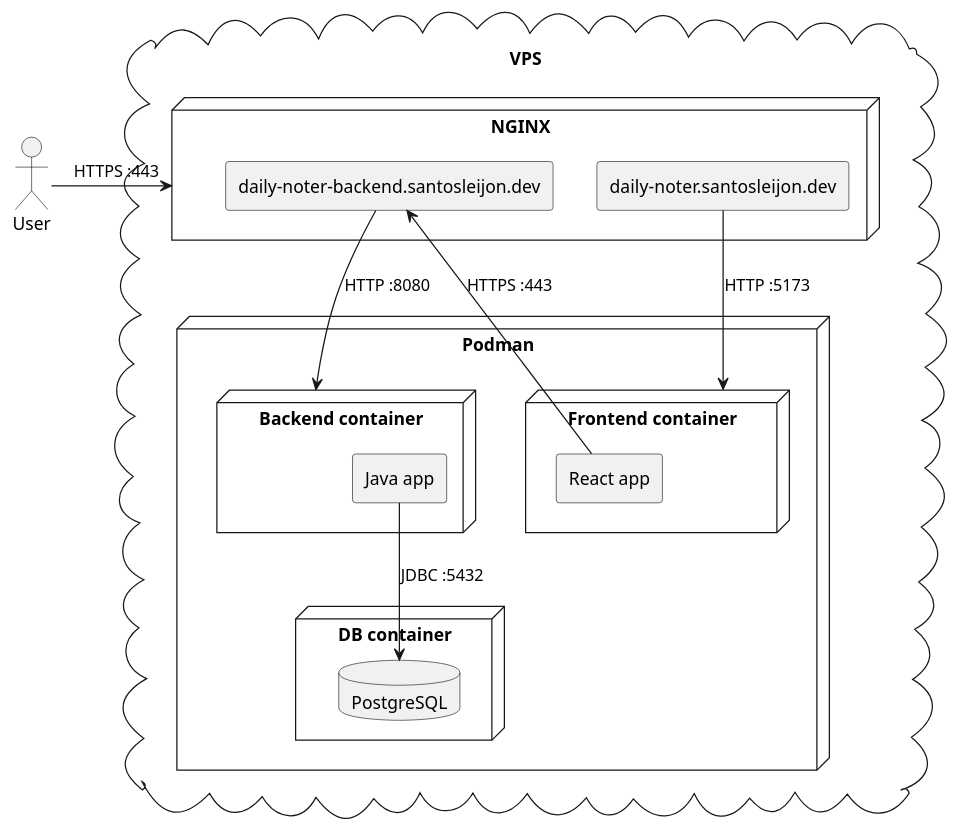
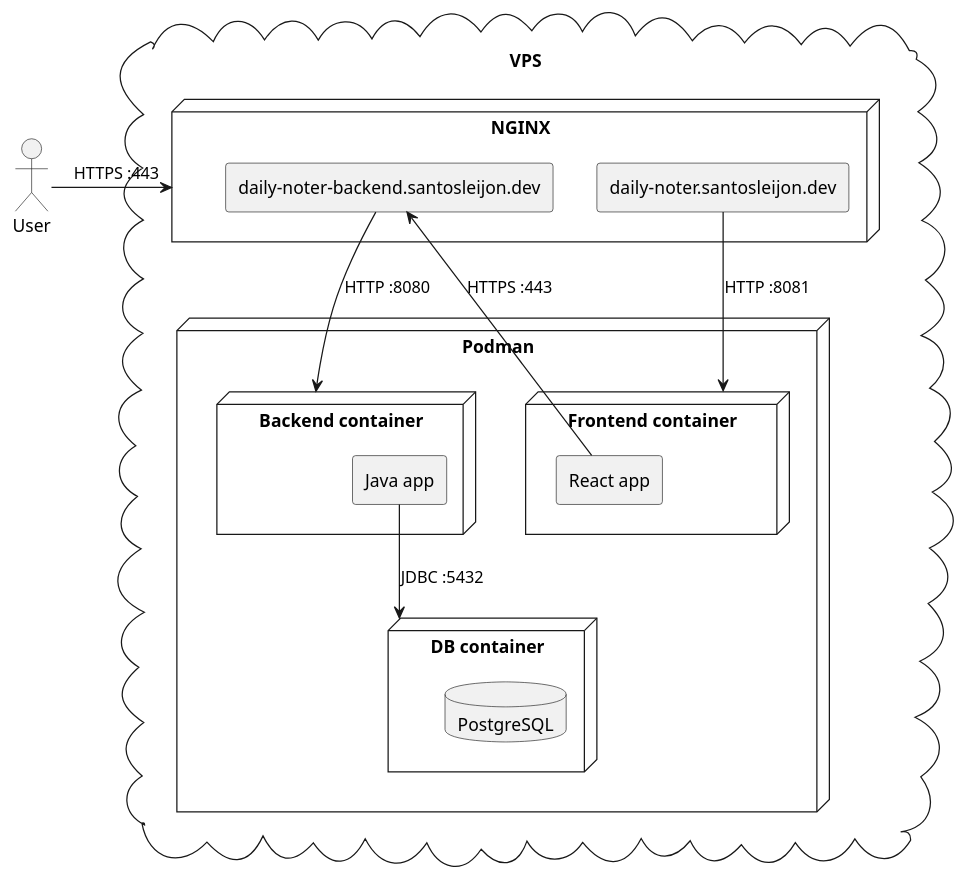
Before and after one commit to santosleijon/daily-noter: the diagram in docs/deployment.plantuml, drawn with PlantUML. The commit also changed 6 other files, not shown here.

```diff
--- a/docs/deployment.plantuml
+++ b/docs/deployment.plantuml
@@ -1,30 +1,30 @@
 @startuml
 
 actor User
 
 cloud vpc as "VPS" {
     node nginx as "NGINX" {
         agent backend_rule as "daily-noter-backend.santosleijon.dev"
         agent frontend_rule as "daily-noter.santosleijon.dev"
     }
 
     node Podman {
         node frontend_container as "Frontend container" {
             agent react_app as "React app"
         }
         node backend_container as "Backend container" {
             agent java_app as "Java app"
         }
         node db_container as "DB container" {
             database postgresql as "PostgreSQL"
         }
     }
 }
 
 User->nginx: HTTPS :443
 backend_rule-->backend_container: HTTP :8080
-frontend_rule-->frontend_container: HTTP :5173
-java_app-->postgresql: JDBC :5432
+frontend_rule-->frontend_container: HTTP :8081
+java_app-->db_container: JDBC :5432
 react_app->backend_rule: HTTPS :443
 
 @enduml
```
